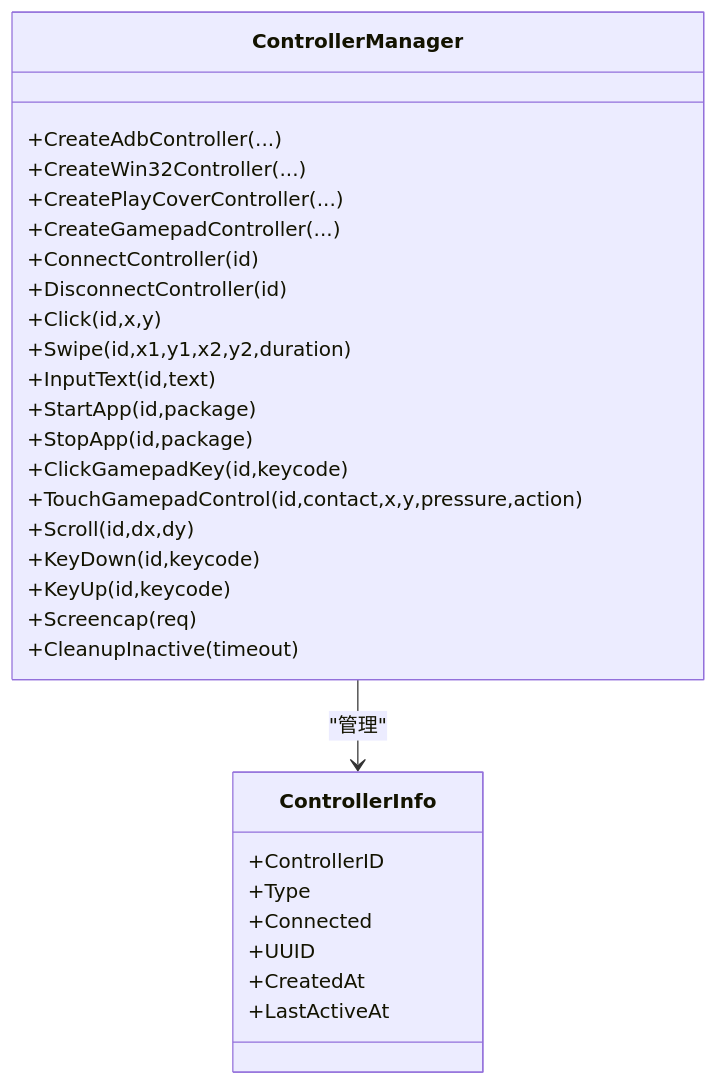
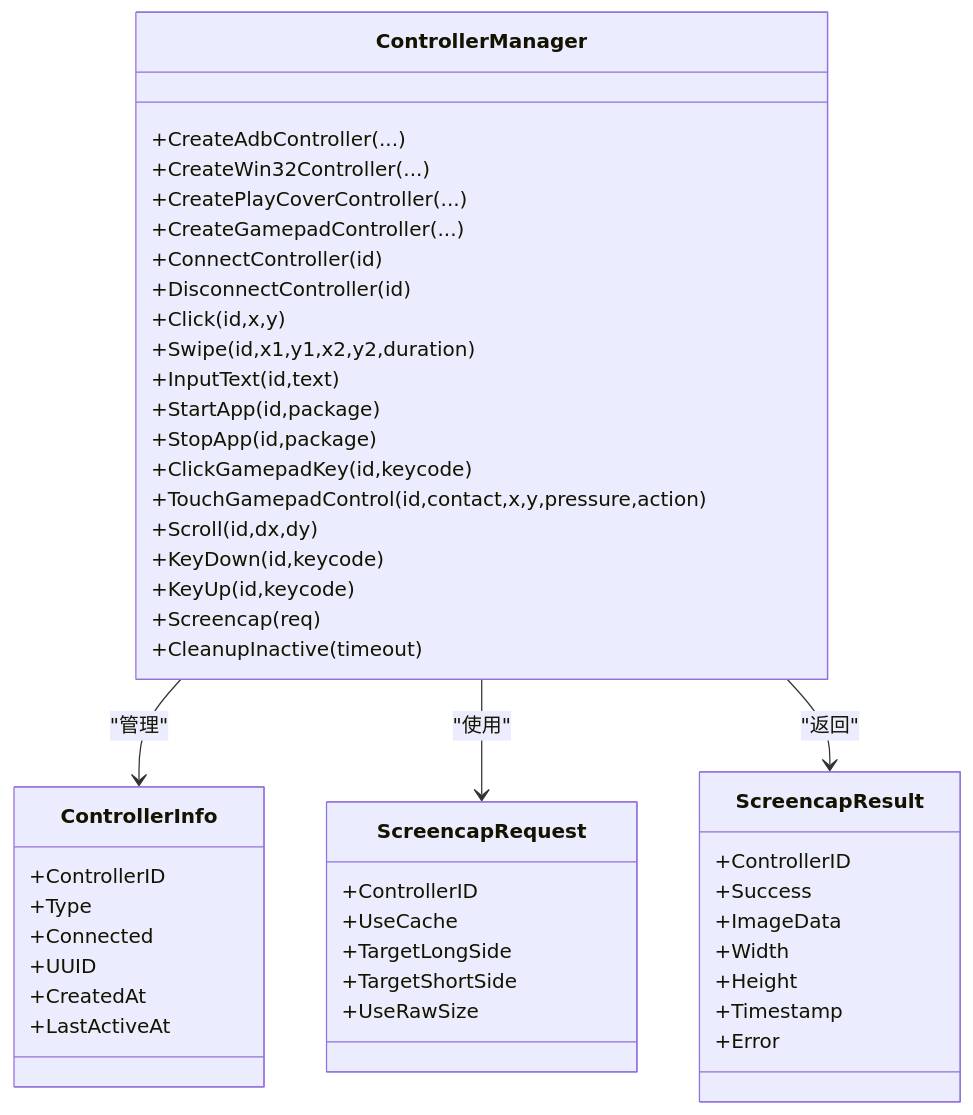
The fourth of 9 diagrams in .qoder/repowiki/zh/content/核心概念/通信协议/MFW协议.md (kqcoxn/MaaPipelineEditor), drawn with Mermaid before and after one commit. The commit also changed other lines of this file and 19 other files, not shown here.

````diff
--- a/.qoder/repowiki/zh/content/核心概念/通信协议/MFW协议.md
+++ b/.qoder/repowiki/zh/content/核心概念/通信协议/MFW协议.md
@@ -183,32 +196,50 @@
 ```mermaid
 classDiagram
 class ControllerManager {
 +CreateAdbController(...)
 +CreateWin32Controller(...)
 +CreatePlayCoverController(...)
 +CreateGamepadController(...)
 +ConnectController(id)
 +DisconnectController(id)
 +Click(id,x,y)
 +Swipe(id,x1,y1,x2,y2,duration)
 +InputText(id,text)
 +StartApp(id,package)
 +StopApp(id,package)
 +ClickGamepadKey(id,keycode)
 +TouchGamepadControl(id,contact,x,y,pressure,action)
 +Scroll(id,dx,dy)
 +KeyDown(id,keycode)
 +KeyUp(id,keycode)
 +Screencap(req)
 +CleanupInactive(timeout)
 }
 class ControllerInfo {
 +ControllerID
 +Type
 +Connected
 +UUID
 +CreatedAt
 +LastActiveAt
 }
+class ScreencapRequest {
++ControllerID
++UseCache
++TargetLongSide
++TargetShortSide
++UseRawSize
+}
+class ScreencapResult {
++ControllerID
++Success
++ImageData
++Width
++Height
++Timestamp
++Error
+}
 ControllerManager --> ControllerInfo : "管理"
+ControllerManager --> ScreencapRequest : "使用"
+ControllerManager --> ScreencapResult : "返回"
 ```
````
